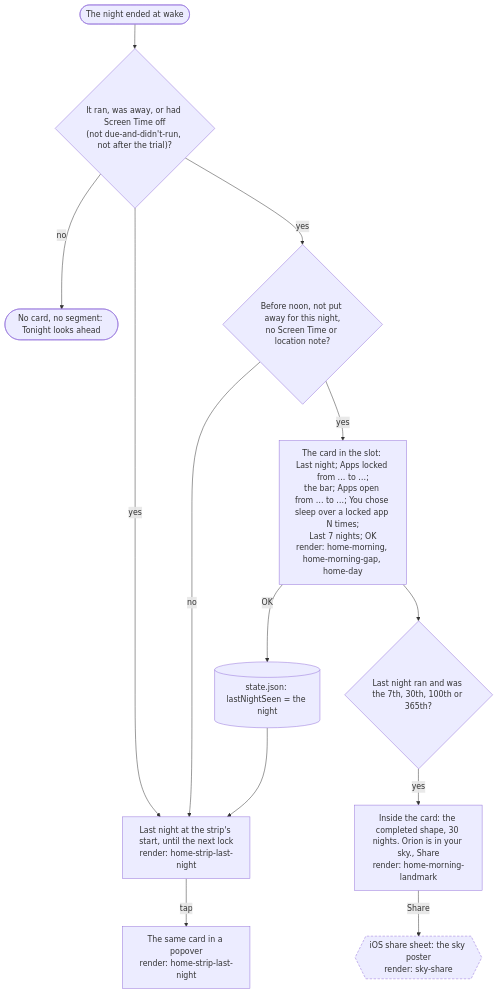
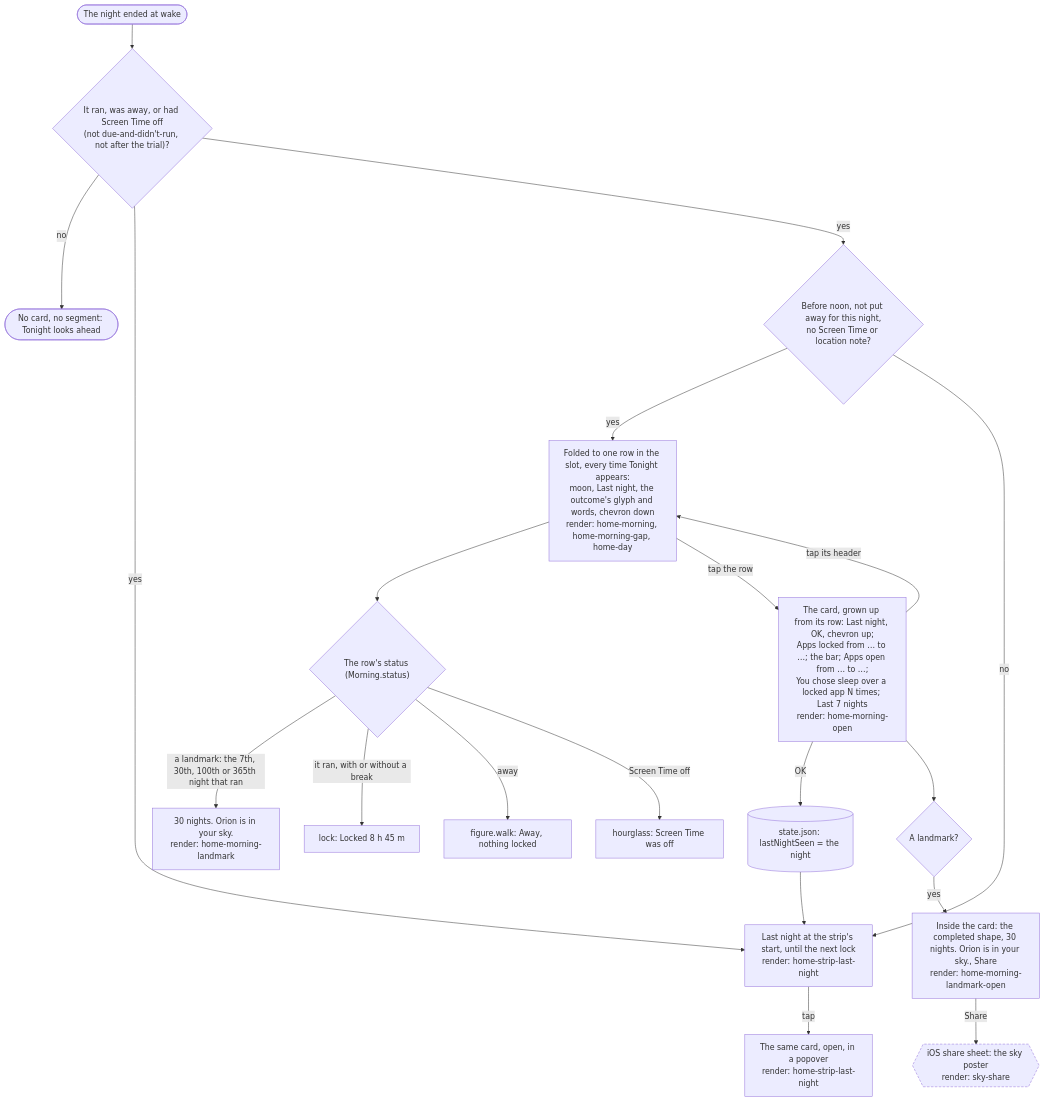
Before and after one commit to adit-rah/toll: the second of 5 diagrams in docs/flows/tonight.md, drawn with Mermaid. The commit also changed other lines of this file and 16 other files, not shown here.

First line of the commit message:
Last night folds to one row each morning (D93) (#147)

````diff
--- a/docs/flows/tonight.md
+++ b/docs/flows/tonight.md
@@ -48,18 +48,25 @@
 ```mermaid
 flowchart TD
   ended(["The night ended at wake"]) --> facts{"It ran, was away, or had Screen Time off<br/>(not due-and-didn't-run, not after the trial)?"}
   facts -->|"no"| none(["No card, no segment: Tonight looks ahead"])
   facts -->|"yes"| strip["Last night at the strip's start, until the next lock<br/>render: home-strip-last-night"]
   facts -->|"yes"| morningCheck{"Before noon, not put away for this night,<br/>no Screen Time or location note?"}
-  morningCheck -->|"yes"| card["The card in the slot: Last night; Apps locked from … to …;<br/>the bar; Apps open from … to …; You chose sleep over a locked app N times;<br/>Last 7 nights; OK<br/>render: home-morning, home-morning-gap, home-day"]
+  morningCheck -->|"yes"| row["Folded to one row in the slot, every time Tonight appears:<br/>moon, Last night, the outcome's glyph and words, chevron down<br/>render: home-morning, home-morning-gap, home-day"]
   morningCheck -->|"no"| strip
+  row --> status{"The row's status (Morning.status)"}
+  status -->|"a landmark: the 7th, 30th, 100th or 365th night that ran"| statusLandmark["30 nights. Orion is in your sky.<br/>render: home-morning-landmark"]
+  status -->|"it ran, with or without a break"| statusRan["lock: Locked 8 h 45 m"]
+  status -->|"away"| statusAway["figure.walk: Away, nothing locked"]
+  status -->|"Screen Time off"| statusOff["hourglass: Screen Time was off"]
+  row -->|"tap the row"| card["The card, grown up from its row: Last night, OK, chevron up;<br/>Apps locked from … to …; the bar; Apps open from … to …;<br/>You chose sleep over a locked app N times; Last 7 nights<br/>render: home-morning-open"]
+  card -->|"tap its header"| row
   card -->|"OK"| seen[("state.json: lastNightSeen = the night")]
   seen --> strip
-  strip -->|"tap"| popover["The same card in a popover<br/>render: home-strip-last-night"]
-  card --> landmark{"Last night ran and was the 7th, 30th, 100th or 365th?"}
-  landmark -->|"yes"| landmarkLine["Inside the card: the completed shape, 30 nights. Orion is in your sky., Share<br/>render: home-morning-landmark"]
+  strip -->|"tap"| popover["The same card, open, in a popover<br/>render: home-strip-last-night"]
+  card --> landmark{"A landmark?"}
+  landmark -->|"yes"| landmarkLine["Inside the card: the completed shape, 30 nights. Orion is in your sky., Share<br/>render: home-morning-landmark-open"]
   landmarkLine -->|"Share"| share{{"iOS share sheet: the sky poster<br/>render: sky-share"}}
 
   classDef system stroke-dasharray: 5 3
   class share system
 ```
````
